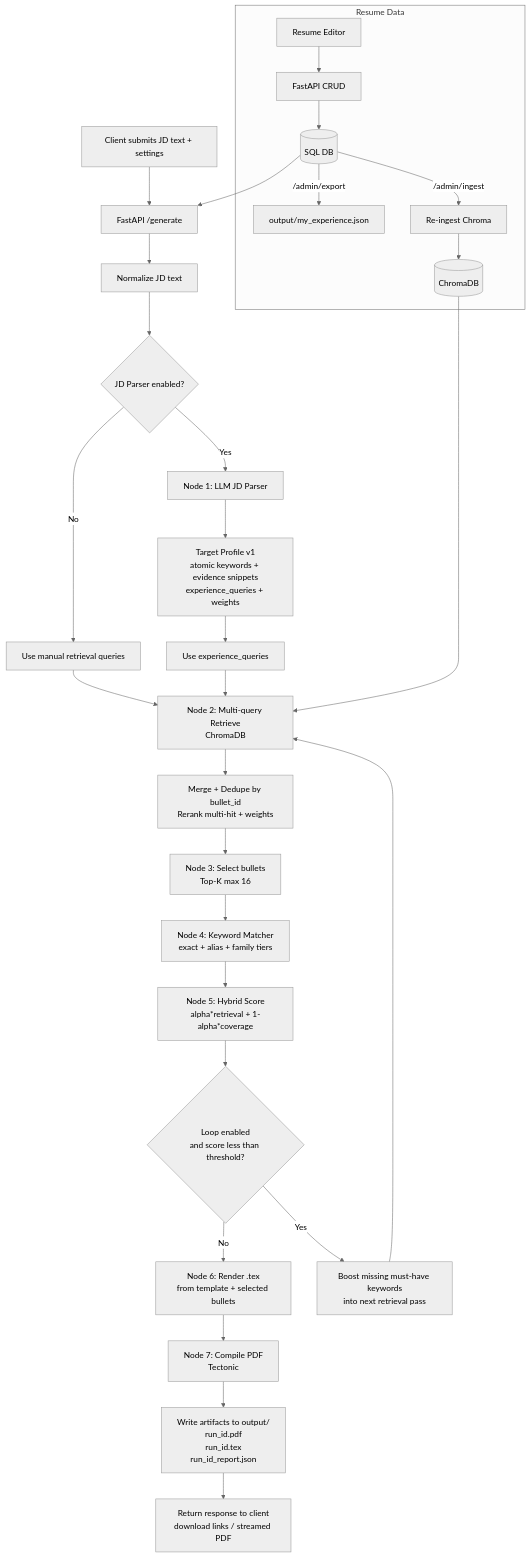
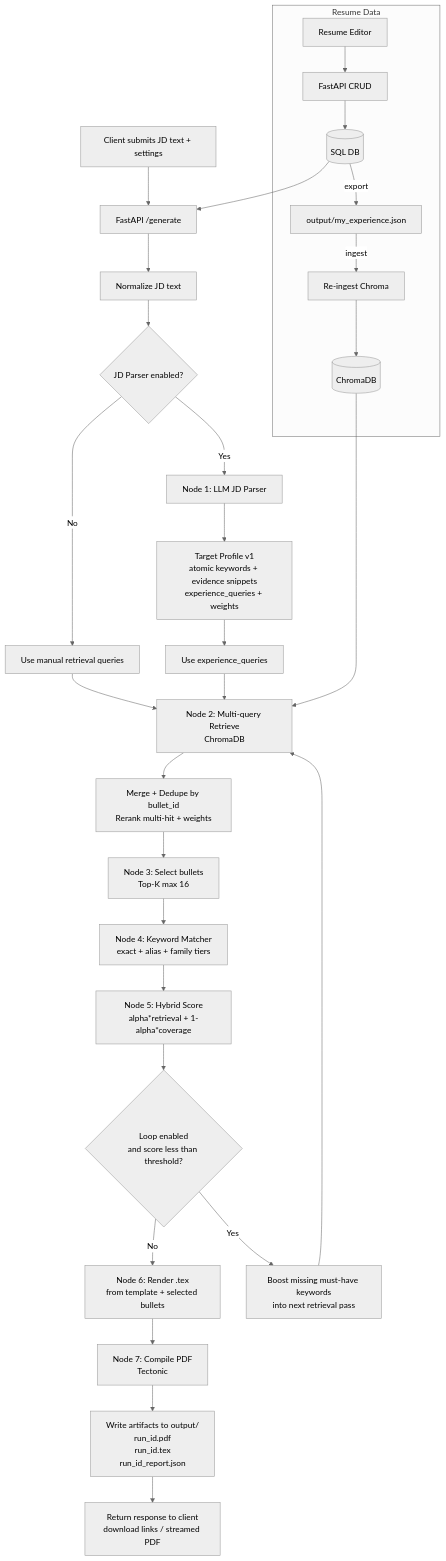
Before and after one commit to pinkpig777/agentic-resume-tailor: the diagram in README.md, drawn with Mermaid (neutral theme). The commit also changed other lines of this file, not shown here.

Commit message:
docs: clarify export-before-ingest workflow

````diff
--- a/README.md
+++ b/README.md
@@ -373,39 +373,39 @@
 ```mermaid
 flowchart TD
   subgraph Resume_Data[Resume Data]
     UI[Resume Editor] --> CRUD[FastAPI CRUD]
     CRUD --> DB[(SQL DB)]
-    DB -->|/admin/export| JSON[output/my_experience.json]
-    DB -->|/admin/ingest| INGEST[Re-ingest Chroma]
+    DB -->|export| JSON[output/my_experience.json]
+    JSON -->|ingest| INGEST[Re-ingest Chroma]
     INGEST --> CHROMA[(ChromaDB)]
   end
 
   A[Client submits JD text + settings] --> B[FastAPI /generate]
   DB --> B
   B --> C[Normalize JD text]
 
   C --> D{JD Parser enabled?}
   D -- No --> Q0[Use manual retrieval queries]
   D -- Yes --> E[Node 1: LLM JD Parser]
   E --> E1[Target Profile v1<br/>atomic keywords + evidence snippets<br/>experience_queries + weights]
   E1 --> Q1[Use experience_queries]
 
   Q0 --> F[Node 2: Multi-query Retrieve<br/>ChromaDB]
   Q1 --> F
 
   F --> G[Merge + Dedupe by bullet_id<br/>Rerank multi-hit + weights]
   G --> H[Node 3: Select bullets<br/>Top-K max 16]
   H --> I[Node 4: Keyword Matcher<br/>exact + alias + family tiers]
   I --> J[Node 5: Hybrid Score<br/>alpha*retrieval + 1-alpha*coverage]
 
   J --> K{Loop enabled<br/>and score less than threshold?}
   K -- No --> L[Node 6: Render .tex<br/>from template + selected bullets]
   K -- Yes --> M[Boost missing must-have keywords<br/>into next retrieval pass]
   M --> F
 
   L --> N[Node 7: Compile PDF<br/>Tectonic]
   N --> O[Write artifacts to output/<br/>run_id.pdf<br/>run_id.tex<br/>run_id_report.json]
   O --> P[Return response to client<br/>download links / streamed PDF]
 
   CHROMA --> F
 ```
````
